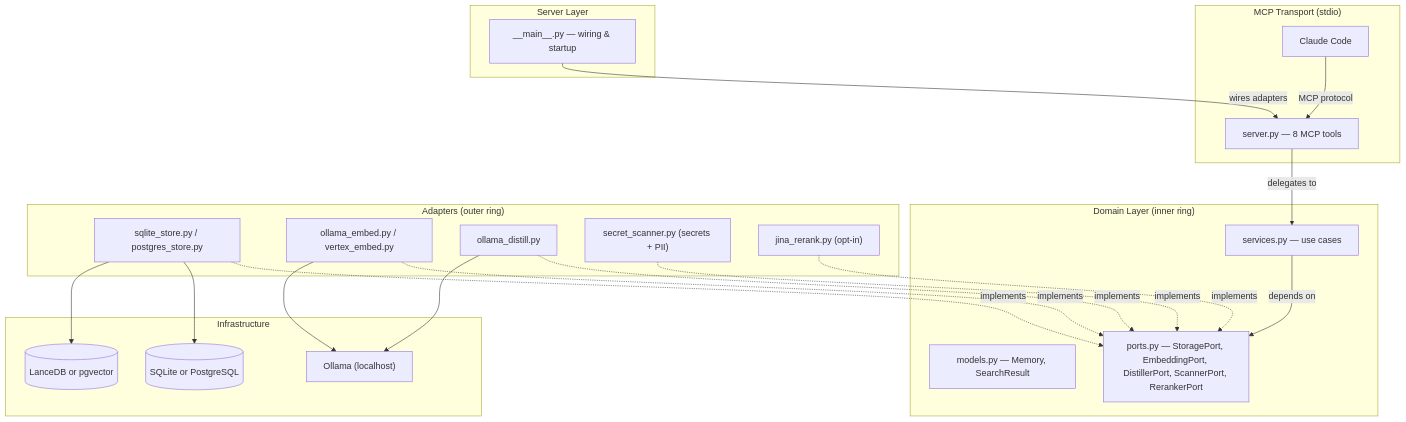
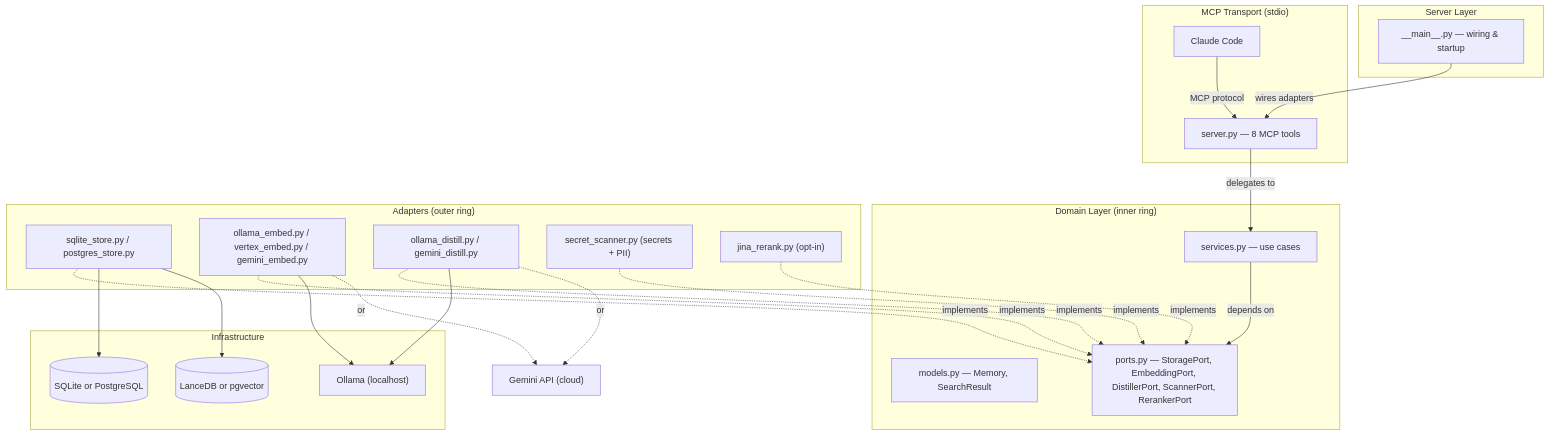
One commit to 5queezer/distill changed the diagram in docs/explanation/architecture.md. Above: the diagram before and after it, drawn with Mermaid. The commit also changed other lines of this file and 18 other files, not shown here.

````diff
--- a/docs/explanation/architecture.md
+++ b/docs/explanation/architecture.md
@@ -11,44 +11,46 @@
 ```mermaid
 graph TB
     subgraph "MCP Transport (stdio)"
         CC[Claude Code] -->|MCP protocol| SRV
     end
 
     subgraph "Server Layer"
         SRV["server.py — 8 MCP tools"]
         MAIN["__main__.py — wiring & startup"]
     end
 
     subgraph "Domain Layer (inner ring)"
         SVC["services.py — use cases"]
         MDL["models.py — Memory, SearchResult"]
         PRT["ports.py — StoragePort, EmbeddingPort, DistillerPort, ScannerPort, RerankerPort"]
     end
 
     subgraph "Adapters (outer ring)"
         SQL["sqlite_store.py / postgres_store.py"]
-        EMB["ollama_embed.py / vertex_embed.py"]
-        DST["ollama_distill.py"]
+        EMB["ollama_embed.py / vertex_embed.py / gemini_embed.py"]
+        DST["ollama_distill.py / gemini_distill.py"]
         SCN["secret_scanner.py (secrets + PII)"]
         RRK["jina_rerank.py (opt-in)"]
     end
 
     subgraph "Infrastructure"
         OLLAMA["Ollama (localhost)"]
         DB[(SQLite or PostgreSQL)]
         VEC[(LanceDB or pgvector)]
     end
 
     MAIN -->|wires adapters| SRV
     SRV -->|delegates to| SVC
     SVC -->|depends on| PRT
     SQL -.->|implements| PRT
     EMB -.->|implements| PRT
     DST -.->|implements| PRT
     SCN -.->|implements| PRT
     RRK -.->|implements| PRT
     DST --> OLLAMA
+    DST -.->|or| GEMINI["Gemini API (cloud)"]
     EMB --> OLLAMA
+    EMB -.->|or| GEMINI
     SQL --> DB
     SQL --> VEC
 ```
````
